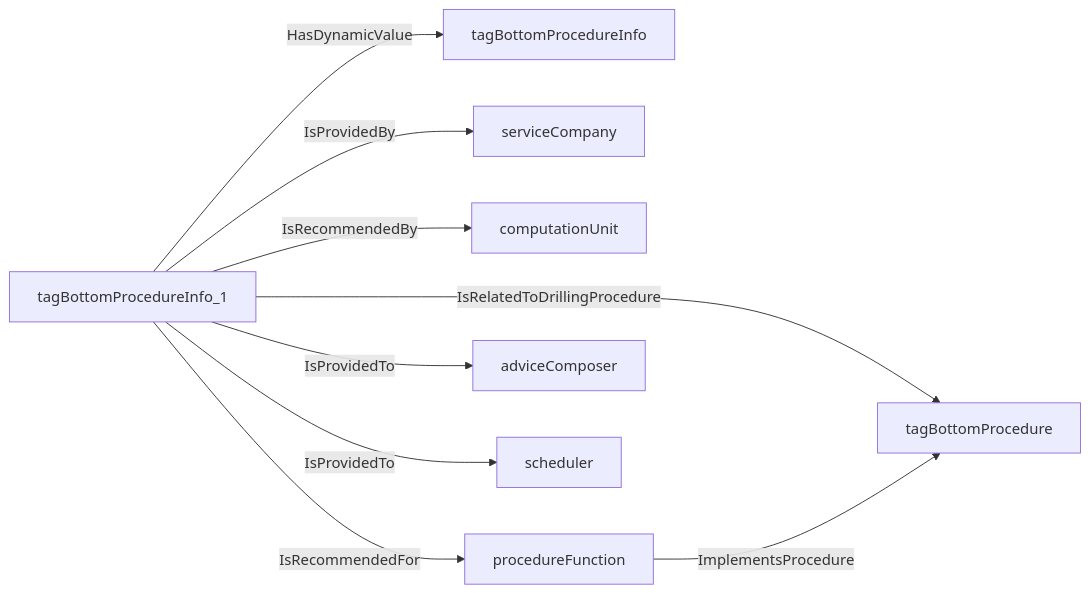
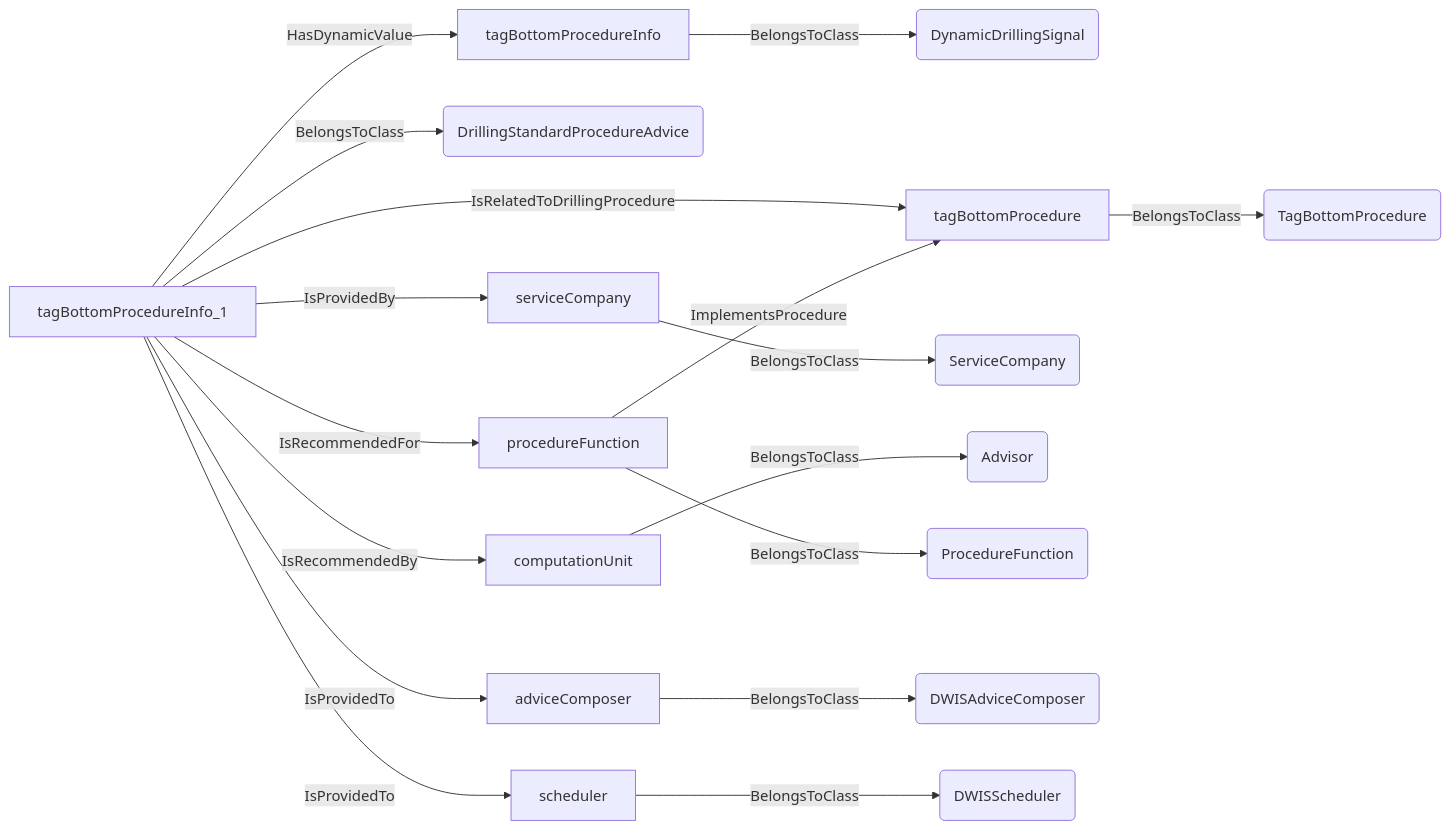
Before and after one commit to D-WIS/DDHub-Semantic-Interoperability: the ninth of 42 diagrams in docs/vocabulary_development/auto-generated/md/definition-files/AdvisorySystemAdvice.md, drawn with Mermaid. The commit also changed other lines of this file and 14 other files, not shown here.

````diff
--- a/docs/vocabulary_development/auto-generated/md/definition-files/AdvisorySystemAdvice.md
+++ b/docs/vocabulary_development/auto-generated/md/definition-files/AdvisorySystemAdvice.md
@@ -379,11 +483,19 @@
 ```mermaid
 graph LR
-	N0000[tagBottomProcedureInfo_1] -->|HasDynamicValue| N0001[tagBottomProcedureInfo] 
-	N0000[tagBottomProcedureInfo_1] -->|IsRelatedToDrillingProcedure| N0002[tagBottomProcedure] 
-	N0000[tagBottomProcedureInfo_1] -->|IsProvidedBy| N0003[serviceCompany] 
-	N0000[tagBottomProcedureInfo_1] -->|IsRecommendedBy| N0004[computationUnit] 
-	N0005[procedureFunction] -->|ImplementsProcedure| N0002[tagBottomProcedure] 
-	N0000[tagBottomProcedureInfo_1] -->|IsRecommendedFor| N0005[procedureFunction] 
-	N0000[tagBottomProcedureInfo_1] -->|IsProvidedTo| N0006[adviceComposer] 
-	N0000[tagBottomProcedureInfo_1] -->|IsProvidedTo| N0007[scheduler] 
+	N0000[tagBottomProcedureInfo] -->|BelongsToClass| N0001(DynamicDrillingSignal) 
+	N0002[tagBottomProcedureInfo_1] -->|BelongsToClass| N0003(DrillingStandardProcedureAdvice) 
+	N0002[tagBottomProcedureInfo_1] -->|HasDynamicValue| N0000[tagBottomProcedureInfo] 
+	N0004[tagBottomProcedure] -->|BelongsToClass| N0005(TagBottomProcedure) 
+	N0002[tagBottomProcedureInfo_1] -->|IsRelatedToDrillingProcedure| N0004[tagBottomProcedure] 
+	N0006[serviceCompany] -->|BelongsToClass| N0007(ServiceCompany) 
+	N0002[tagBottomProcedureInfo_1] -->|IsProvidedBy| N0006[serviceCompany] 
+	N0008[computationUnit] -->|BelongsToClass| N0009(Advisor) 
+	N0002[tagBottomProcedureInfo_1] -->|IsRecommendedBy| N0008[computationUnit] 
+	N0010[procedureFunction] -->|BelongsToClass| N0011(ProcedureFunction) 
+	N0010[procedureFunction] -->|ImplementsProcedure| N0004[tagBottomProcedure] 
+	N0002[tagBottomProcedureInfo_1] -->|IsRecommendedFor| N0010[procedureFunction] 
+	N0012[adviceComposer] -->|BelongsToClass| N0013(DWISAdviceComposer) 
+	N0002[tagBottomProcedureInfo_1] -->|IsProvidedTo| N0012[adviceComposer] 
+	N0014[scheduler] -->|BelongsToClass| N0015(DWISScheduler) 
+	N0002[tagBottomProcedureInfo_1] -->|IsProvidedTo| N0014[scheduler] 
 ```
````
